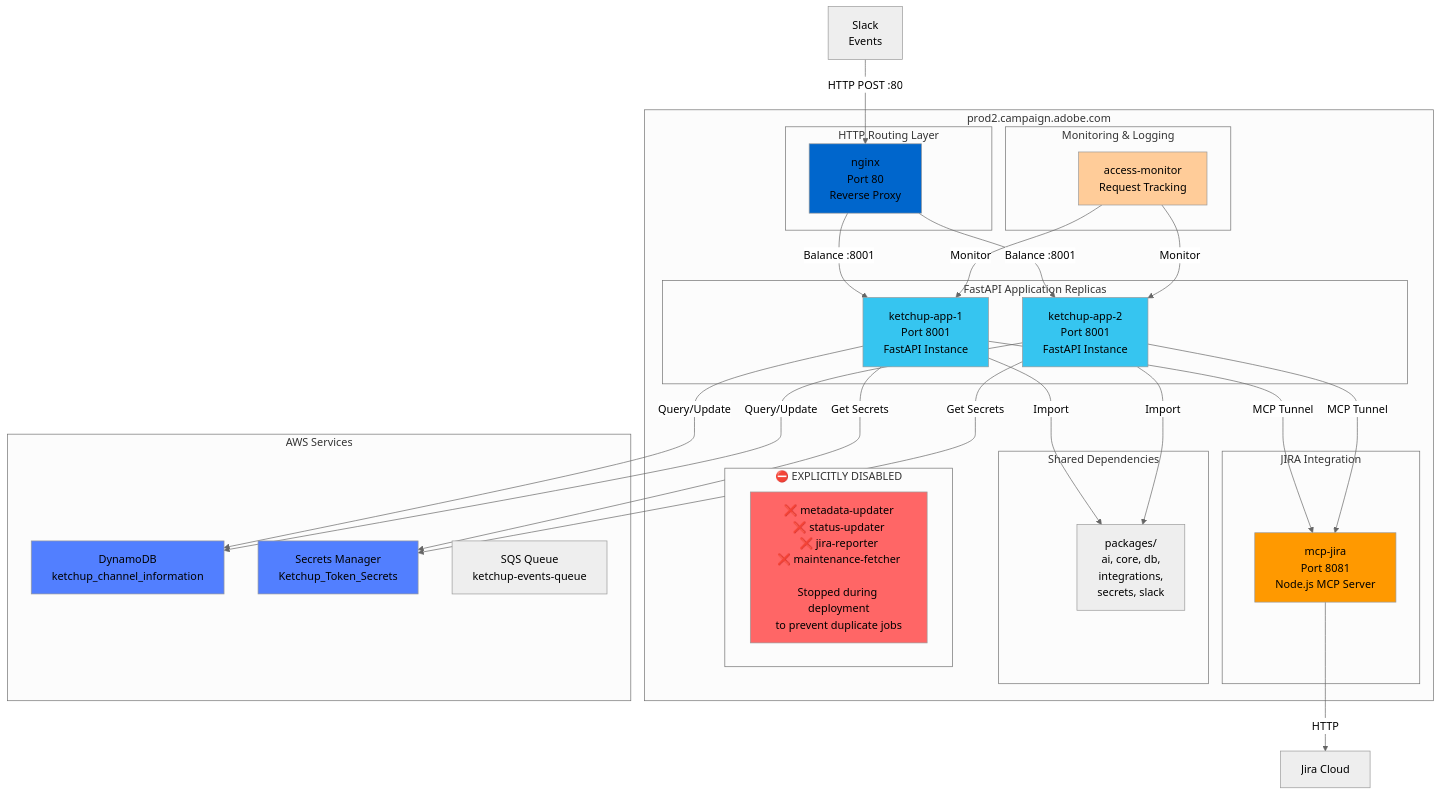
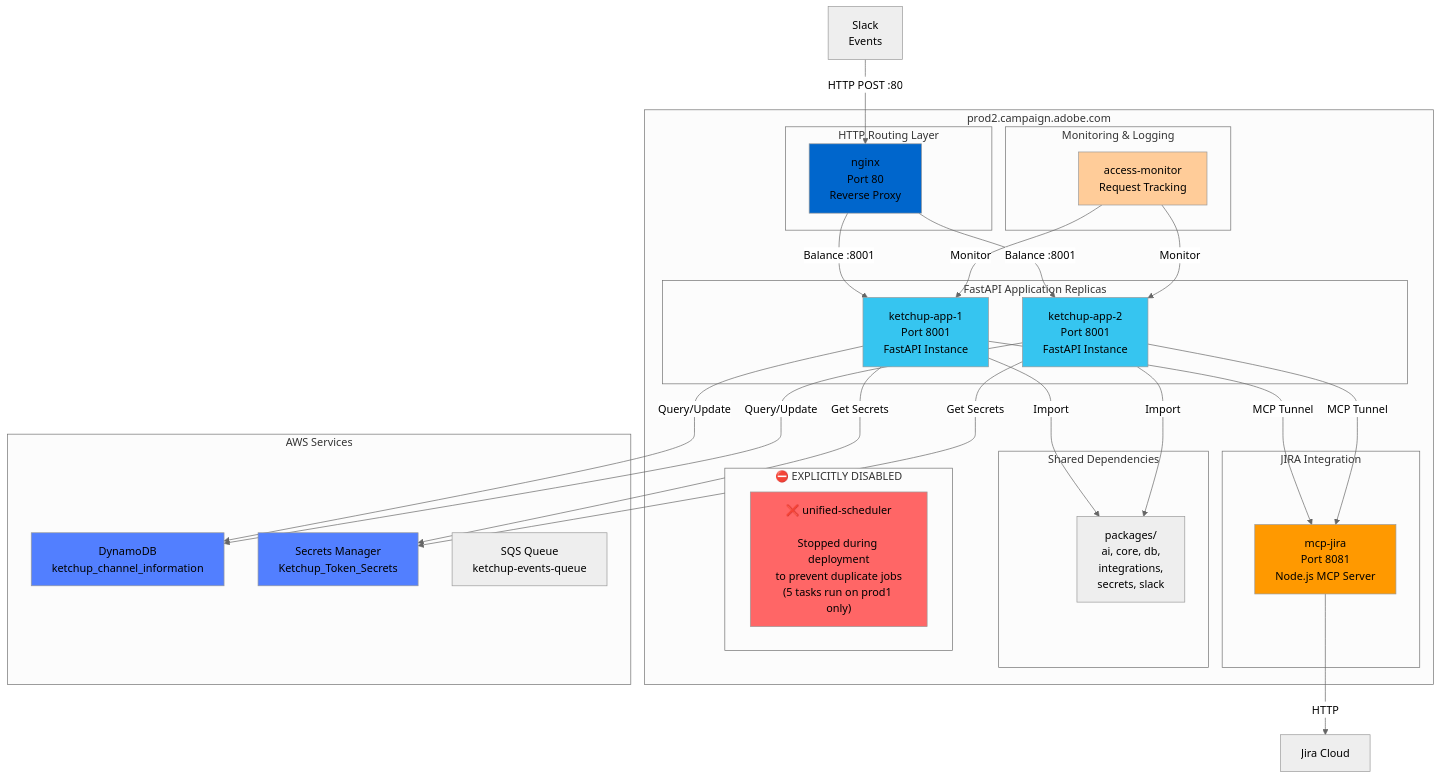
The second of 5 diagrams in projects/ketchup/docs/diagrams/5-container-topology.md (blueman82/mcp-exec), drawn with Mermaid (neutral theme) before and after one commit. The commit also changed other lines of this file and 6 other files, not shown here.

First line of the commit message:
docs: Update documentation for Phase 1 Unified Scheduler Consolidation

````diff
--- a/projects/ketchup/docs/diagrams/5-container-topology.md
+++ b/projects/ketchup/docs/diagrams/5-container-topology.md
@@ -107,67 +83,67 @@
 ```mermaid
 graph TB
     subgraph "prod2.campaign.adobe.com"
         subgraph "HTTP Routing Layer"
             Nginx2["nginx<br/>Port 80<br/>Reverse Proxy"]
         end
 
         subgraph "FastAPI Application Replicas"
             App3["ketchup-app-1<br/>Port 8001<br/>FastAPI Instance"]
             App4["ketchup-app-2<br/>Port 8001<br/>FastAPI Instance"]
         end
 
         subgraph "JIRA Integration"
             MCP2["mcp-jira<br/>Port 8081<br/>Node.js MCP Server"]
         end
 
         subgraph "Monitoring & Logging"
             AccessMonitor2["access-monitor<br/>Request Tracking"]
         end
 
         subgraph "Shared Dependencies"
             Packages2["packages/<br/>ai, core, db,<br/>integrations,<br/>secrets, slack"]
         end
 
         subgraph "⛔ EXPLICITLY DISABLED"
-            DisabledServices["❌ metadata-updater<br/>❌ status-updater<br/>❌ jira-reporter<br/>❌ maintenance-fetcher<br/><br/>Stopped during deployment<br/>to prevent duplicate jobs"]
+            DisabledServices["❌ unified-scheduler<br/><br/>Stopped during deployment<br/>to prevent duplicate jobs<br/>(5 tasks run on prod1 only)"]
         end
     end
 
     subgraph "AWS Services"
         DDB2["DynamoDB<br/>ketchup_channel_information"]
         Secrets2["Secrets Manager<br/>Ketchup_Token_Secrets"]
         SQS2["SQS Queue<br/>ketchup-events-queue"]
     end
 
     Input2["Slack<br/>Events"]
     Input2 -->|HTTP POST :80| Nginx2
 
     Nginx2 -->|Balance :8001| App3
     Nginx2 -->|Balance :8001| App4
 
     App3 -->|Import| Packages2
     App4 -->|Import| Packages2
 
     App3 -->|MCP Tunnel| MCP2
     App4 -->|MCP Tunnel| MCP2
 
     MCP2 -->|HTTP| JiraCloud2["Jira Cloud"]
 
     App3 -->|Query/Update| DDB2
     App4 -->|Query/Update| DDB2
 
     App3 -->|Get Secrets| Secrets2
     App4 -->|Get Secrets| Secrets2
 
     AccessMonitor2 -->|Monitor| App3
     AccessMonitor2 -->|Monitor| App4
 
     style Nginx2 fill:#0066cc
     style App3 fill:#36c5f0
     style App4 fill:#36c5f0
     style MCP2 fill:#ff9900
     style AccessMonitor2 fill:#ffcc99
     style DDB2 fill:#527fff
     style Secrets2 fill:#527fff
     style DisabledServices fill:#ff6666
 ```
````
